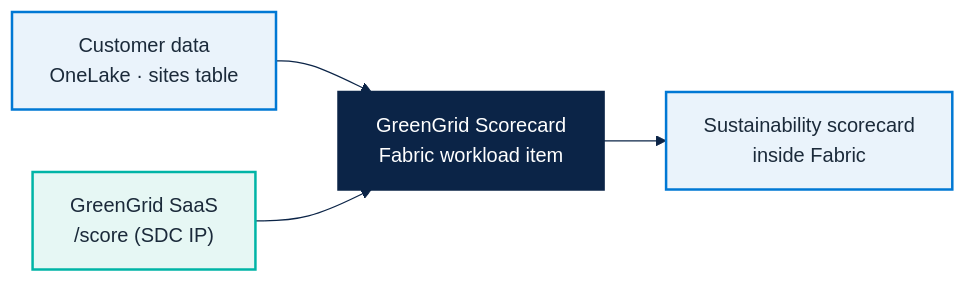
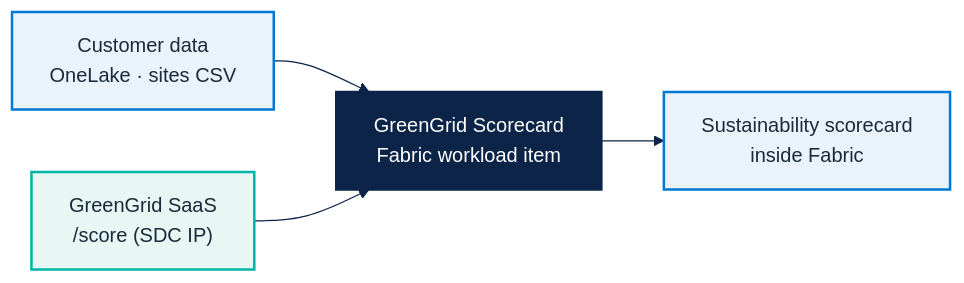
One commit to fredgis/FY27FabricMotion changed the first of 2 diagrams in docs/microhack-2-sdc-workloads-solution.md. Above: the diagram before and after it, drawn with Mermaid. The commit also changed other lines of this file and 1 other file, not shown here.

````diff
--- a/docs/microhack-2-sdc-workloads-solution.md
+++ b/docs/microhack-2-sdc-workloads-solution.md
@@ -28,16 +28,16 @@
 ```mermaid
 %%{init: {'theme':'base','themeVariables':{
   'primaryColor':'#E6F7F4','primaryTextColor':'#1B2A3A',
   'primaryBorderColor':'#00B4A6','lineColor':'#0B2447','secondaryColor':'#EAF3FB'
 }}}%%
 flowchart LR
-    O["Customer data<br/>OneLake · sites table"] --> W["GreenGrid Scorecard<br/>Fabric workload item"]
+    O["Customer data<br/>OneLake · sites CSV"] --> W["GreenGrid Scorecard<br/>Fabric workload item"]
     SA["GreenGrid SaaS<br/>/score (SDC IP)"] --> W
     W --> R["Sustainability scorecard<br/>inside Fabric"]
     classDef fab fill:#EAF3FB,stroke:#0078D4,color:#1B2A3A,stroke-width:2px;
     classDef saas fill:#E6F7F4,stroke:#00B4A6,color:#1B2A3A,stroke-width:2px;
     classDef out fill:#0B2447,stroke:#0B2447,color:#FFFFFF,stroke-width:2px;
     class O,R fab;
     class SA saas;
     class W out;
 ```
````
